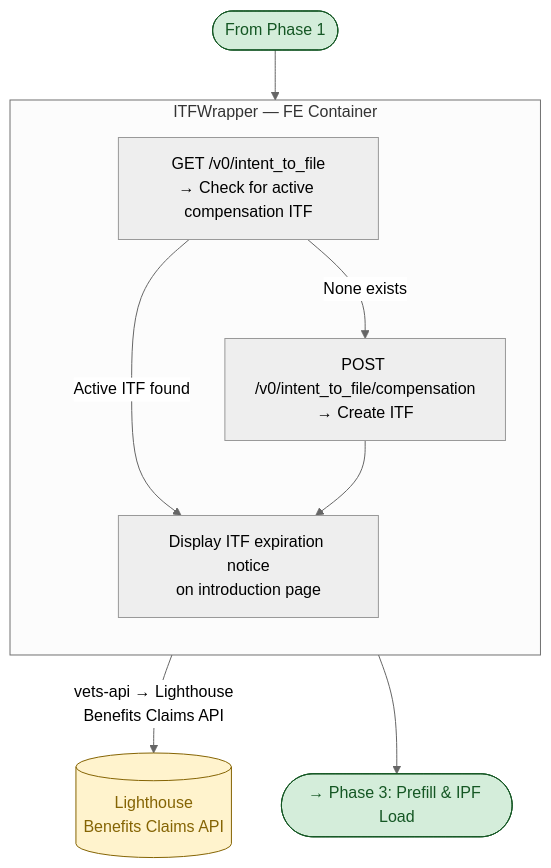
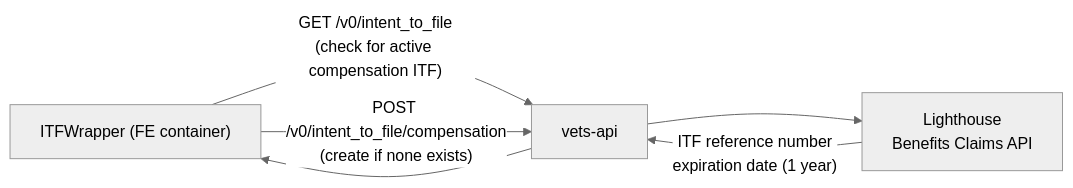
The second of 16 diagrams in products/disability/526ez/form526_architecture_flow.md (Ninjaneer321/va.gov-team), drawn with Mermaid (neutral theme) before and after one commit. The commit also changed other lines of this file, not shown here.

Commit message:
Updated architecture diagram with useFormFeatureToggleSync

````diff
--- a/products/disability/526ez/form526_architecture_flow.md
+++ b/products/disability/526ez/form526_architecture_flow.md
@@ -41,21 +61,10 @@
 ```mermaid
-graph TD
-    ENTRY([From Phase 1]) --> ITF
+flowchart LR
+    FE["ITFWrapper (FE container)"]
+    API["vets-api"]
+    LH["Lighthouse<br/>Benefits Claims API"]
 
-    subgraph ITF["ITFWrapper — FE Container"]
-        direction TB
-        CHECK["GET /v0/intent_to_file<br/>→ Check for active compensation ITF"]
-        CHECK -->|None exists| CREATE["POST /v0/intent_to_file/compensation<br/>→ Create ITF"]
-        CHECK -->|Active ITF found| SHOW
-        CREATE --> SHOW["Display ITF expiration notice<br/>on introduction page"]
-    end
-
-    ITF -->|"vets-api → Lighthouse<br/>Benefits Claims API"| LH_ITF[("Lighthouse<br/>Benefits Claims API")]
-
-    ITF --> PREFILL([→ Phase 3: Prefill & IPF Load])
-
-    classDef endpoint fill:#d4edda,stroke:#155724,color:#155724
-    classDef external fill:#fff3cd,stroke:#856404,color:#856404
-    class ENTRY,PREFILL endpoint
-    class LH_ITF external
+    FE -- "GET /v0/intent_to_file<br/>(check for active compensation ITF)" --> API --> LH
+    FE -- "POST /v0/intent_to_file/compensation<br/>(create if none exists)" --> API
+    LH -- "ITF reference number<br/>expiration date (1 year)" --> API --> FE
 ```
````
